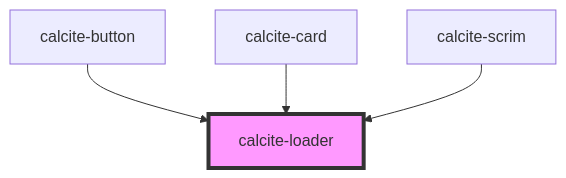
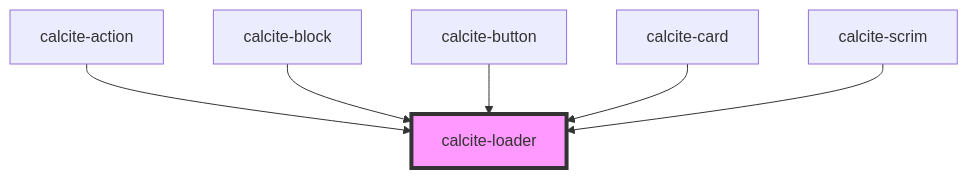
The diagram in src/components/calcite-loader/readme.md (vikivakarvc/calcite-design-system), drawn with Mermaid before and after one commit. The commit also changed other lines of this file and 29 other files, not shown here.

````diff
--- a/src/components/calcite-loader/readme.md
+++ b/src/components/calcite-loader/readme.md
@@ -47,7 +49,9 @@
 ```mermaid
 graph TD;
+  calcite-action --> calcite-loader
+  calcite-block --> calcite-loader
   calcite-button --> calcite-loader
   calcite-card --> calcite-loader
   calcite-scrim --> calcite-loader
   style calcite-loader fill:#f9f,stroke:#333,stroke-width:4px
 ```
````
